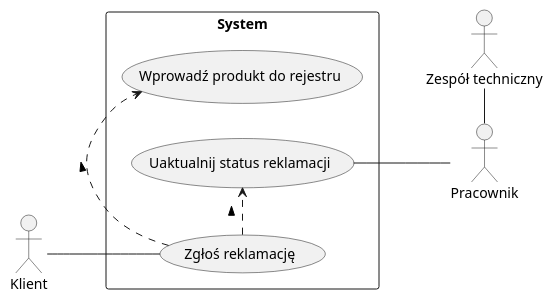
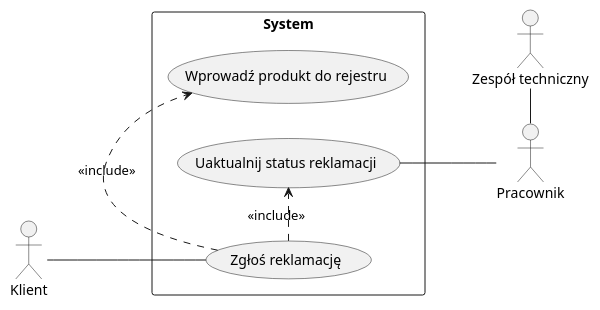
The sixth of 14 diagrams in src/Projekt systemu.md (pixellos/Agh.5.Psi), drawn with PlantUML before and after one commit. The commit also changed other lines of this file, not shown here.

````diff
--- a/src/Projekt systemu.md
+++ b/src/Projekt systemu.md
@@ -1584,16 +1584,16 @@
 ```plantuml 2.1.2.3
 @startuml
 left to right direction
 actor Klient
 actor Pracownik
 actor :Zespół techniczny:
 rectangle "System" {
     (Klient) -- (Zgłoś reklamację)
-    (Zgłoś reklamację) .> (Wprowadź produkt do rejestru) : >
-    (Zgłoś reklamację) .> (Uaktualnij status reklamacji) : >
+    (Zgłoś reklamację) .> (Wprowadź produkt do rejestru) : <<include>>
+    (Zgłoś reklamację) .> (Uaktualnij status reklamacji) : <<include>>
     (Uaktualnij status reklamacji) -- (Pracownik)
     :Zespół techniczny: - (Pracownik)
 
 }
 @enduml
 ```
````
